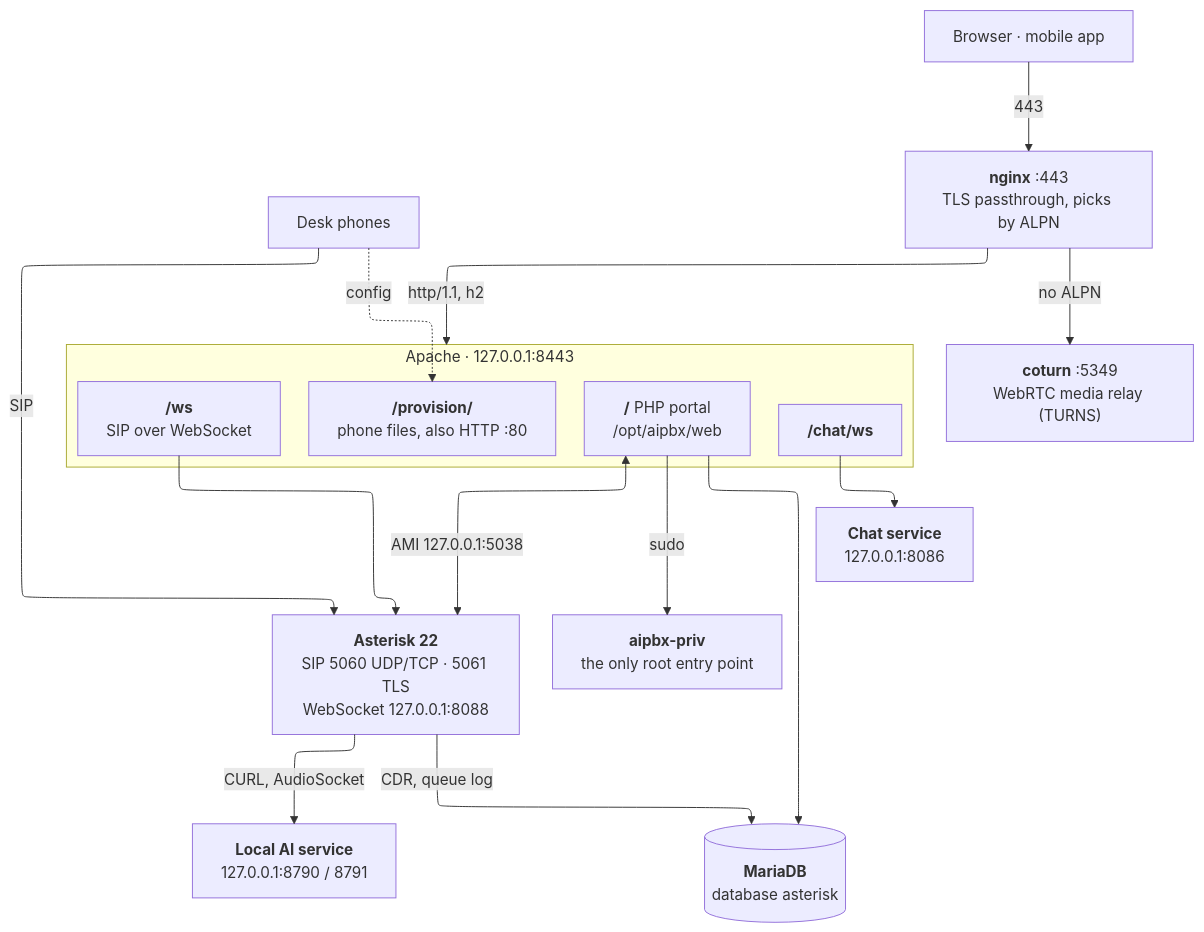
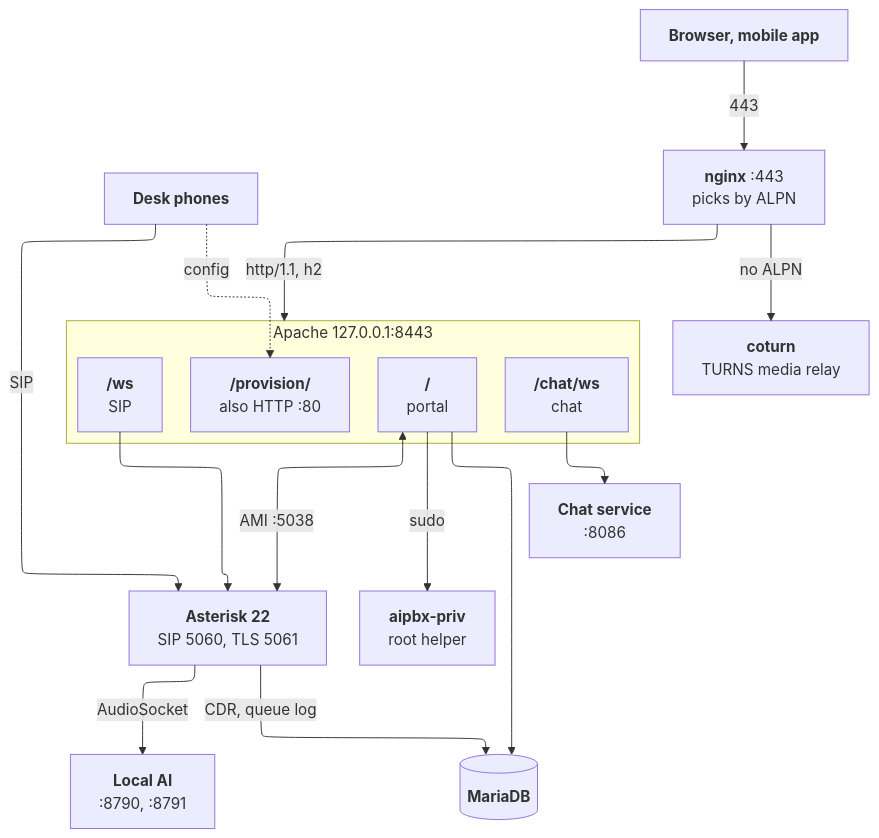
The diagram in docs/diagrams/system-map.mmd (mahirgul/AiPBX), drawn with Mermaid before and after one commit. The commit also changed 9 other files, not shown here.

First line of the commit message:
docs: narrower diagrams, readable at any column width

```diff
--- a/docs/diagrams/system-map.mmd
+++ b/docs/diagrams/system-map.mmd
@@ -1,51 +1,49 @@
 ---
 config:
   layout: elk
   elk:
     nodePlacementStrategy: BRANDES_KOEPF
 ---
 flowchart TB
 %% @classes
-
-  browser["`Browser · mobile app`"]:::client
-  phones["`Desk phones`"]:::client
+  browser["`**Browser, mobile app**`"]:::client
+  phones["`**Desk phones**`"]:::client
 
   nginx["`**nginx** :443
-TLS passthrough, picks by ALPN`"]:::edge
-  coturn["`**coturn** :5349
-WebRTC media relay (TURNS)`"]:::edge
+  picks by ALPN`"]:::edge
+  coturn["`**coturn**
+  TURNS media relay`"]:::edge
 
-  subgraph apache["`Apache · 127.0.0.1:8443`"]
-    portal["`**/** PHP portal
-/opt/aipbx/web`"]:::svc
+  subgraph apache["`Apache 127.0.0.1:8443`"]
+    portal["`**/**
+    portal`"]:::svc
     ws["`**/ws**
-SIP over WebSocket`"]:::svc
-    chatp["`**/chat/ws**`"]:::svc
+    SIP`"]:::svc
+    chatp["`**/chat/ws**
+    chat`"]:::svc
     prov["`**/provision/**
-phone files, also HTTP :80`"]:::svc
+    also HTTP :80`"]:::svc
   end
 
   chat["`**Chat service**
-127.0.0.1:8086`"]:::svc
+  :8086`"]:::svc
   ast["`**Asterisk 22**
-SIP 5060 UDP/TCP · 5061 TLS
-WebSocket 127.0.0.1:8088`"]:::core
+  SIP 5060, TLS 5061`"]:::core
   priv["`**aipbx-priv**
-the only root entry point`"]:::core
-  ai["`**Local AI service**
-127.0.0.1:8790 / 8791`"]:::svc
-  db[("`**MariaDB**
-database asterisk`")]:::db
+  root helper`"]:::core
+  ai["`**Local AI**
+  :8790, :8791`"]:::svc
+  db[("`**MariaDB**`")]:::db
 
   browser -->|443| nginx
   nginx -->|"http/1.1, h2"| apache
   nginx -->|no ALPN| coturn
   phones -->|SIP| ast
   phones -.->|config| prov
   ws --> ast
   chatp --> chat
-  portal <-->|"AMI 127.0.0.1:5038"| ast
+  portal <-->|"AMI :5038"| ast
   portal -->|sudo| priv
-  ast -->|"CURL, AudioSocket"| ai
+  ast -->|AudioSocket| ai
   portal --> db
   ast -->|"CDR, queue log"| db
```
